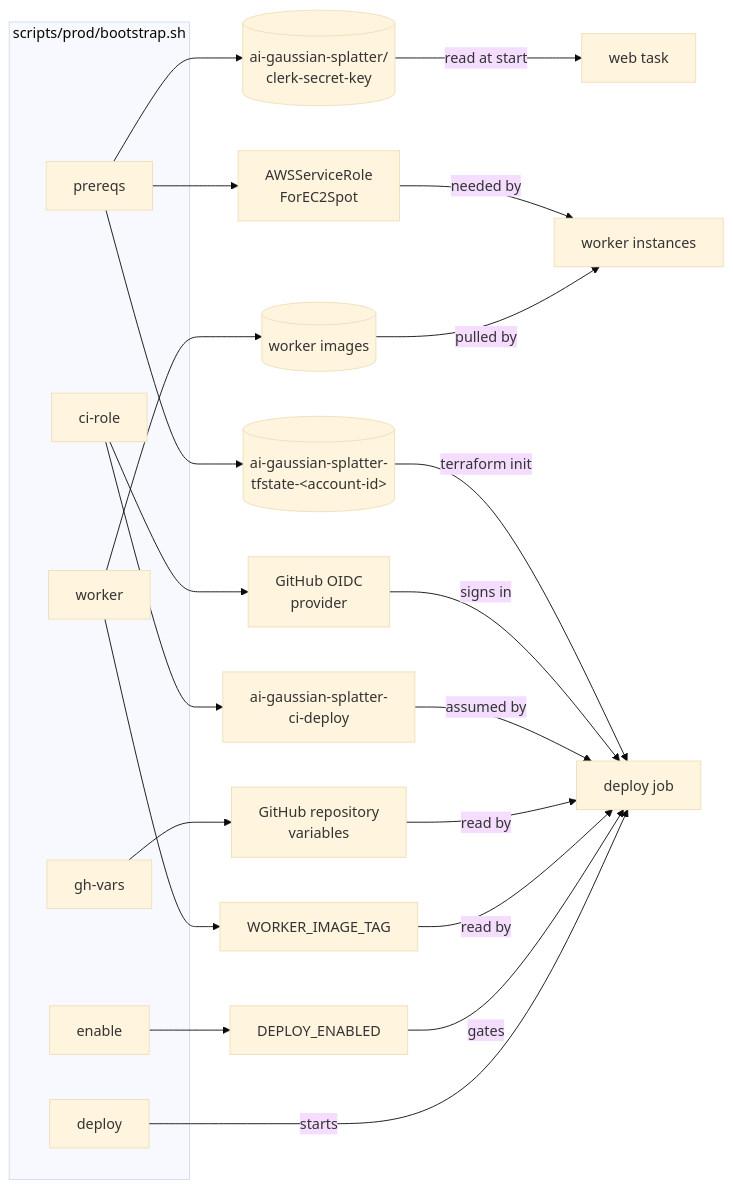
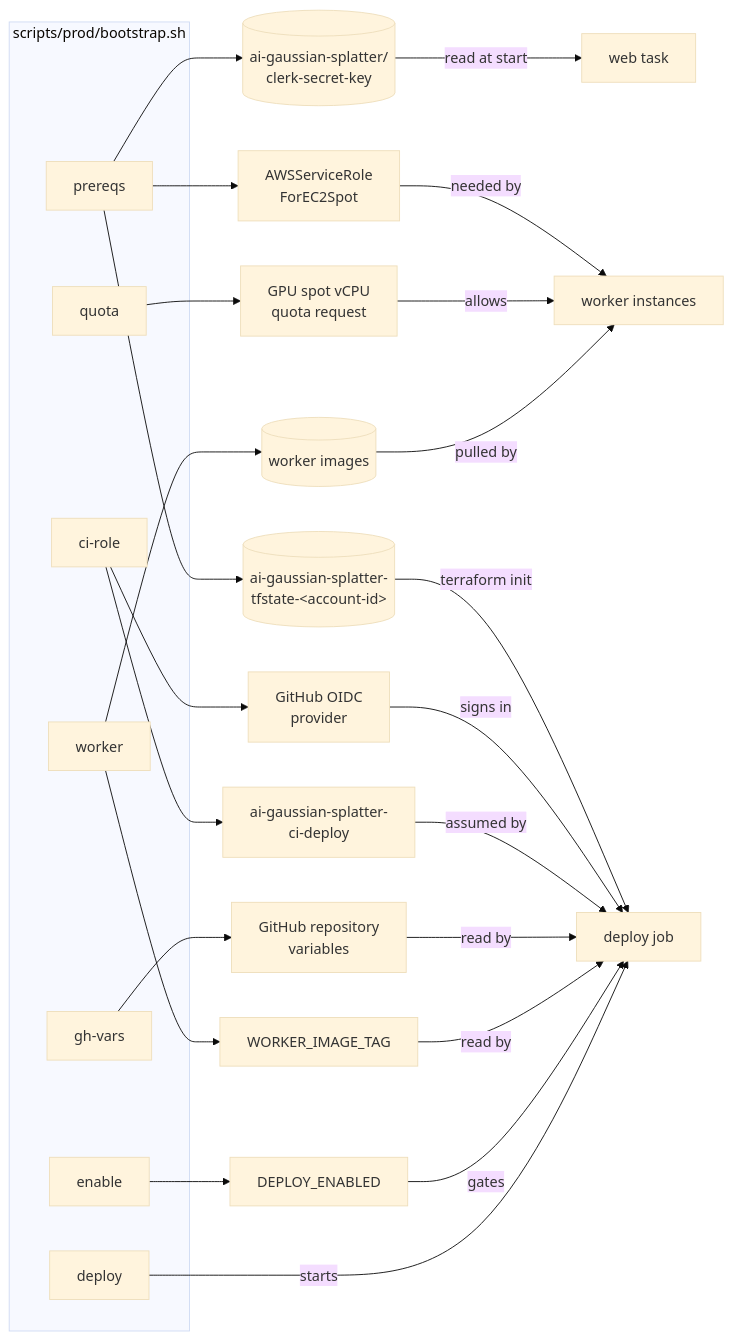
One commit to kamyy/ai-gaussian-splatter changed the fifth of 8 diagrams in RUNBOOK.md. Above: the diagram before and after it, drawn with Mermaid (base theme). The commit also changed other lines of this file and 1 other file, not shown here.

First line of the commit message:
feat(scripts): request the GPU spot quota in bootstrap

````diff
--- a/RUNBOOK.md
+++ b/RUNBOOK.md
@@ -224,38 +226,42 @@
 ```mermaid
 flowchart LR
   subgraph bootstrap["scripts/prod/bootstrap.sh"]
     prereqs["prereqs"]
+    quotastep["quota"]
     cirole["ci-role"]
     ghvars["gh-vars"]
     enable["enable"]
     deploystep["deploy"]
     workerstep["worker"]
   end
   secret[("ai-gaussian-splatter/<br/>clerk-secret-key")]
   spotrole["AWSServiceRole<br/>ForEC2Spot"]
+  quotareq["GPU spot vCPU<br/>quota request"]
   state[("ai-gaussian-splatter-<br/>tfstate-#lt;account-id#gt;")]
   oidc["GitHub OIDC<br/>provider"]
   role["ai-gaussian-splatter-<br/>ci-deploy"]
   vars["GitHub repository<br/>variables"]
   flag["DEPLOY_ENABLED"]
   images[("worker images")]
   tag["WORKER_IMAGE_TAG"]
   deployjob["deploy job"]
   webtask["web task"]
   spot["worker instances"]
   prereqs --> secret & spotrole & state
+  quotastep --> quotareq
   cirole --> oidc & role
   ghvars --> vars
   enable --> flag
   workerstep --> images & tag
   secret -->|"read at start"| webtask
   spotrole -->|"needed by"| spot
+  quotareq -->|"allows"| spot
   images -->|"pulled by"| spot
   state -->|"terraform init"| deployjob
   oidc -->|"signs in"| deployjob
   role -->|"assumed by"| deployjob
   vars -->|"read by"| deployjob
   tag -->|"read by"| deployjob
   flag -->|"gates"| deployjob
   deploystep -->|"starts"| deployjob
 ```
````
